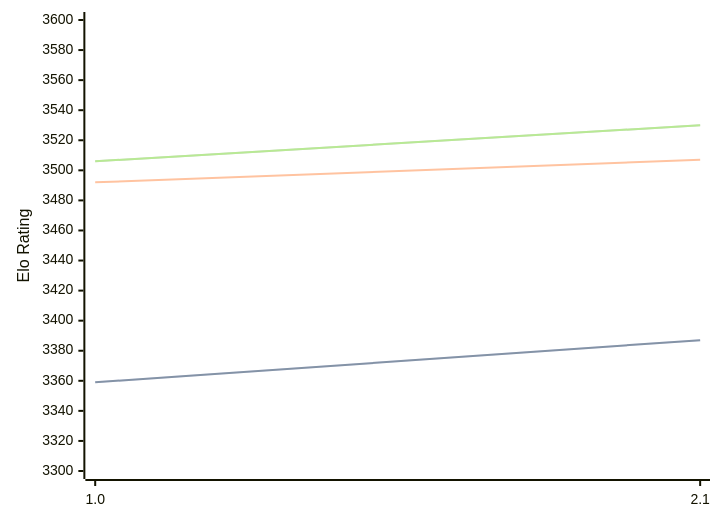
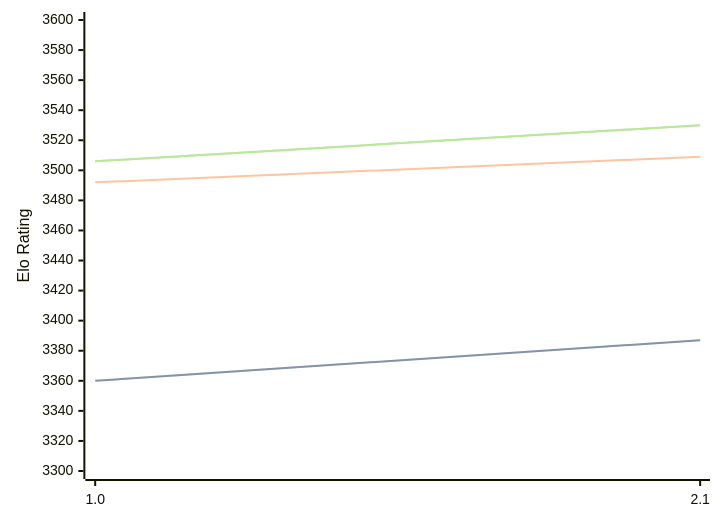
Before and after one commit to computer-chess-index/cci: the first of 3 diagrams in engines/Hobbes.md, drawn with Mermaid. The commit also changed other lines of this file, not shown here.

````diff
--- a/engines/Hobbes.md
+++ b/engines/Hobbes.md
@@ -33,11 +33,11 @@
 ```mermaid
 %%{init: {"theme":"base","themeVariables":{"seriesColors:['#a3a3a3','#222221','#faa371']}}}%%
 xychart-beta
   x-axis ["1.0", "2.1"]
   y-axis "Elo Rating" 3300 --> 3600
-  line "STC (8.0+0.08s)" [3359, 3387]
-  line "STC (8.0+0.08s)" [3359, 3387]
-  line "LTC (60.0+0.60s)" [3492, 3507]
+  line "STC (8.0+0.08s)" [3360, 3387]
+  line "STC (8.0+0.08s)" [3360, 3387]
+  line "LTC (60.0+0.60s)" [3492, 3509]
   line "VLTC (2m24s+1.12s)" [3506, 3530]
   line "VLTC (2m24s+1.12s)" [3506, 3530]
 ```
````
